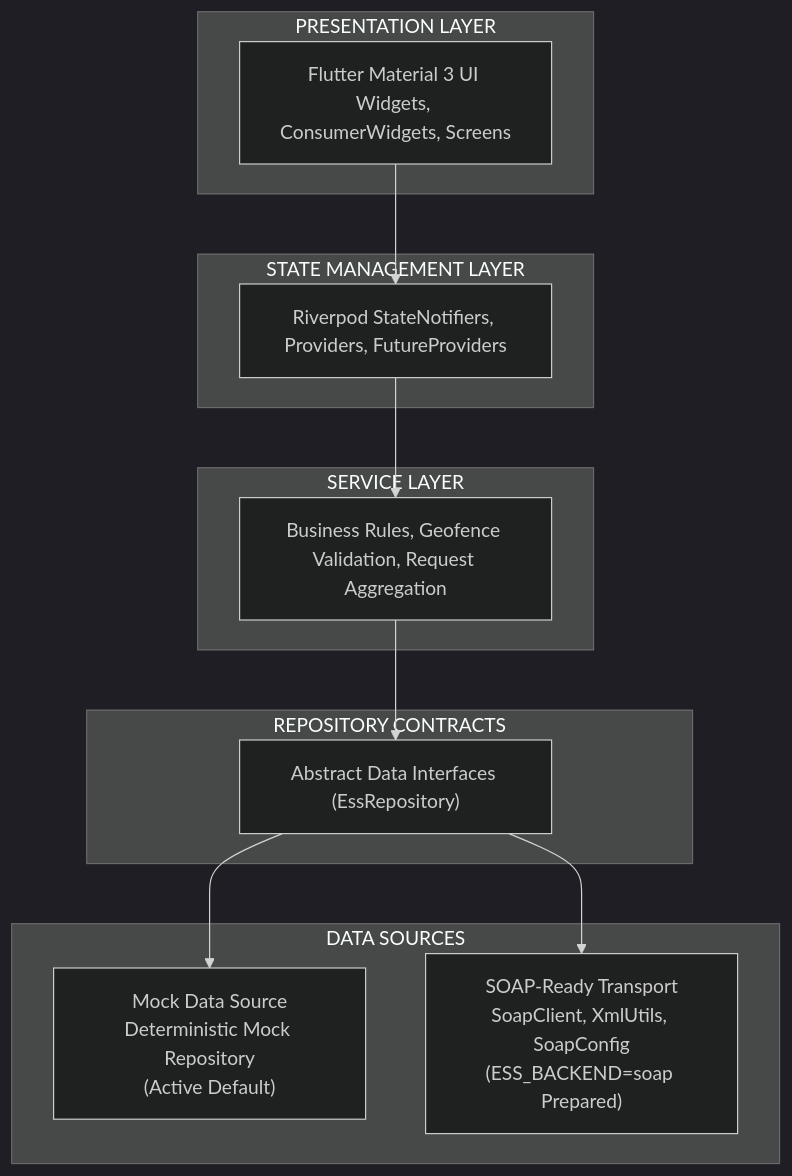
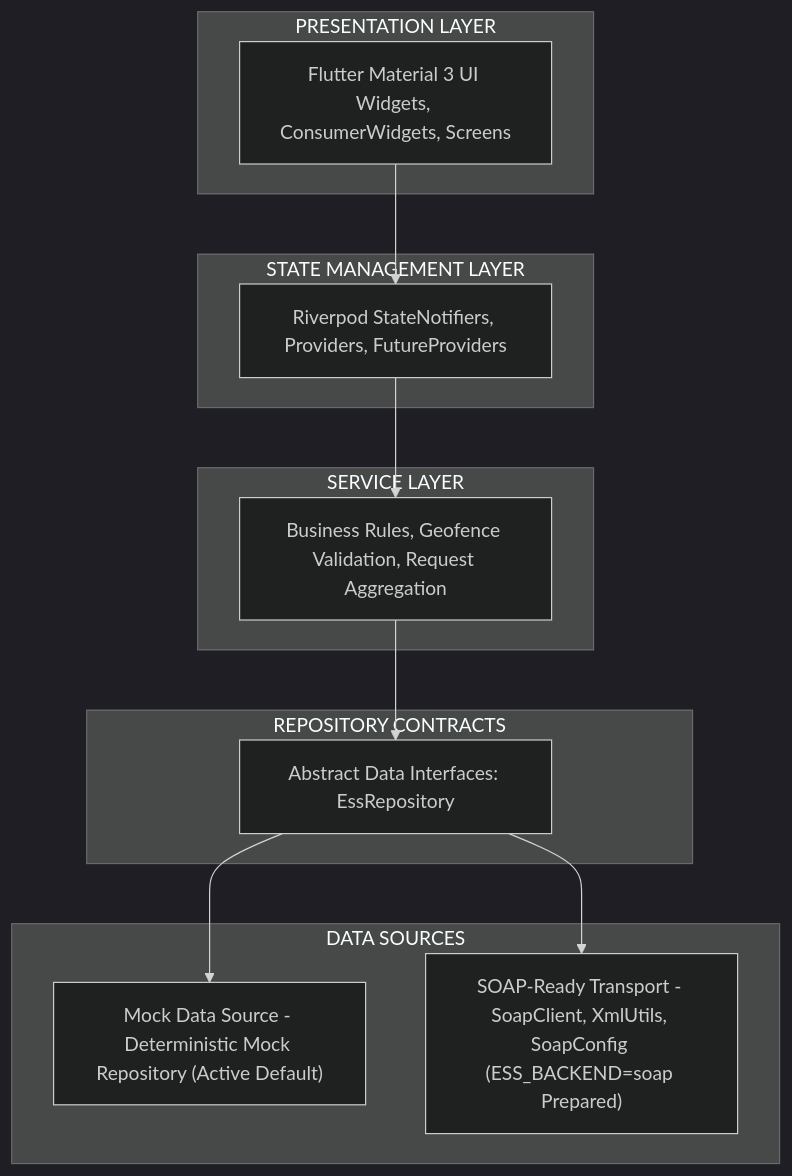
Before and after one commit to Aravindan-001/icore-ess: the first of 15 diagrams in ARCHITECTURE.md, drawn with Mermaid (dark theme). The commit also changed other lines of this file, not shown here.

Commit message:
docs: fix Mermaid architecture rendering

````diff
--- a/ARCHITECTURE.md
+++ b/ARCHITECTURE.md
@@ -9,29 +9,29 @@
 ```mermaid
 flowchart TD
     subgraph Presentation ["PRESENTATION LAYER"]
         UI["Flutter Material 3 UI Widgets, ConsumerWidgets, Screens"]
     end
 
     subgraph StateManagement ["STATE MANAGEMENT LAYER"]
         STATE["Riverpod StateNotifiers, Providers, FutureProviders"]
     end
 
     subgraph Service ["SERVICE LAYER"]
         SVC["Business Rules, Geofence Validation, Request Aggregation"]
     end
 
     subgraph Contracts ["REPOSITORY CONTRACTS"]
-        REPO["Abstract Data Interfaces (EssRepository)"]
+        REPO["Abstract Data Interfaces: EssRepository"]
     end
 
     subgraph DataSources ["DATA SOURCES"]
-        MOCK["Mock Data Source<br/>Deterministic Mock Repository<br/>(Active Default)"]
-        SOAP["SOAP-Ready Transport<br/>SoapClient, XmlUtils, SoapConfig<br/>(ESS_BACKEND=soap Prepared)"]
+        MOCK["Mock Data Source - Deterministic Mock Repository (Active Default)"]
+        SOAP["SOAP-Ready Transport - SoapClient, XmlUtils, SoapConfig (ESS_BACKEND=soap Prepared)"]
     end
 
     UI --> STATE
     STATE --> SVC
     SVC --> REPO
     REPO --> MOCK
     REPO --> SOAP
 ```
````
